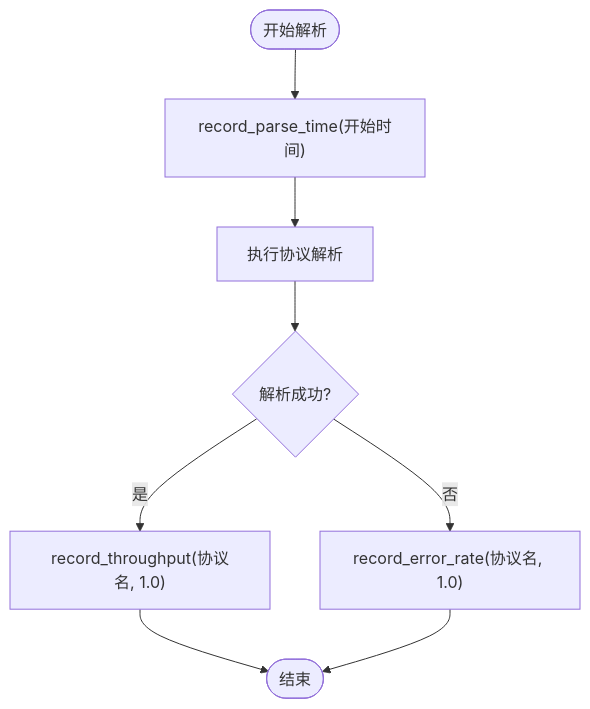
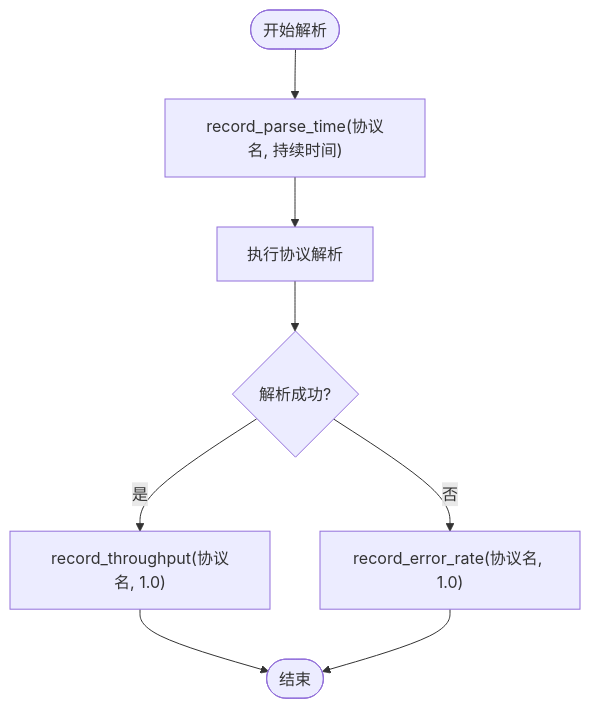
One commit to jie-798/protocol-parser changed the first of 3 diagrams in .qoder/repowiki/zh/content/核心组件详解/性能监控模块.md. Above: the diagram before and after it, drawn with Mermaid. The commit also changed other lines of this file and 31 other files, not shown here.

````diff
--- a/.qoder/repowiki/zh/content/核心组件详解/性能监控模块.md
+++ b/.qoder/repowiki/zh/content/核心组件详解/性能监控模块.md
@@ -45,10 +56,10 @@
 ```mermaid
 flowchart TD
-Start([开始解析]) --> RecordStart["record_parse_time(开始时间)"]
+Start([开始解析]) --> RecordStart["record_parse_time(协议名, 持续时间)"]
 RecordStart --> Parse["执行协议解析"]
 Parse --> CheckResult{"解析成功?"}
 CheckResult --> |是| RecordSuccess["record_throughput(协议名, 1.0)"]
 CheckResult --> |否| RecordError["record_error_rate(协议名, 1.0)"]
 RecordSuccess --> End([结束])
 RecordError --> End
 ```
````
